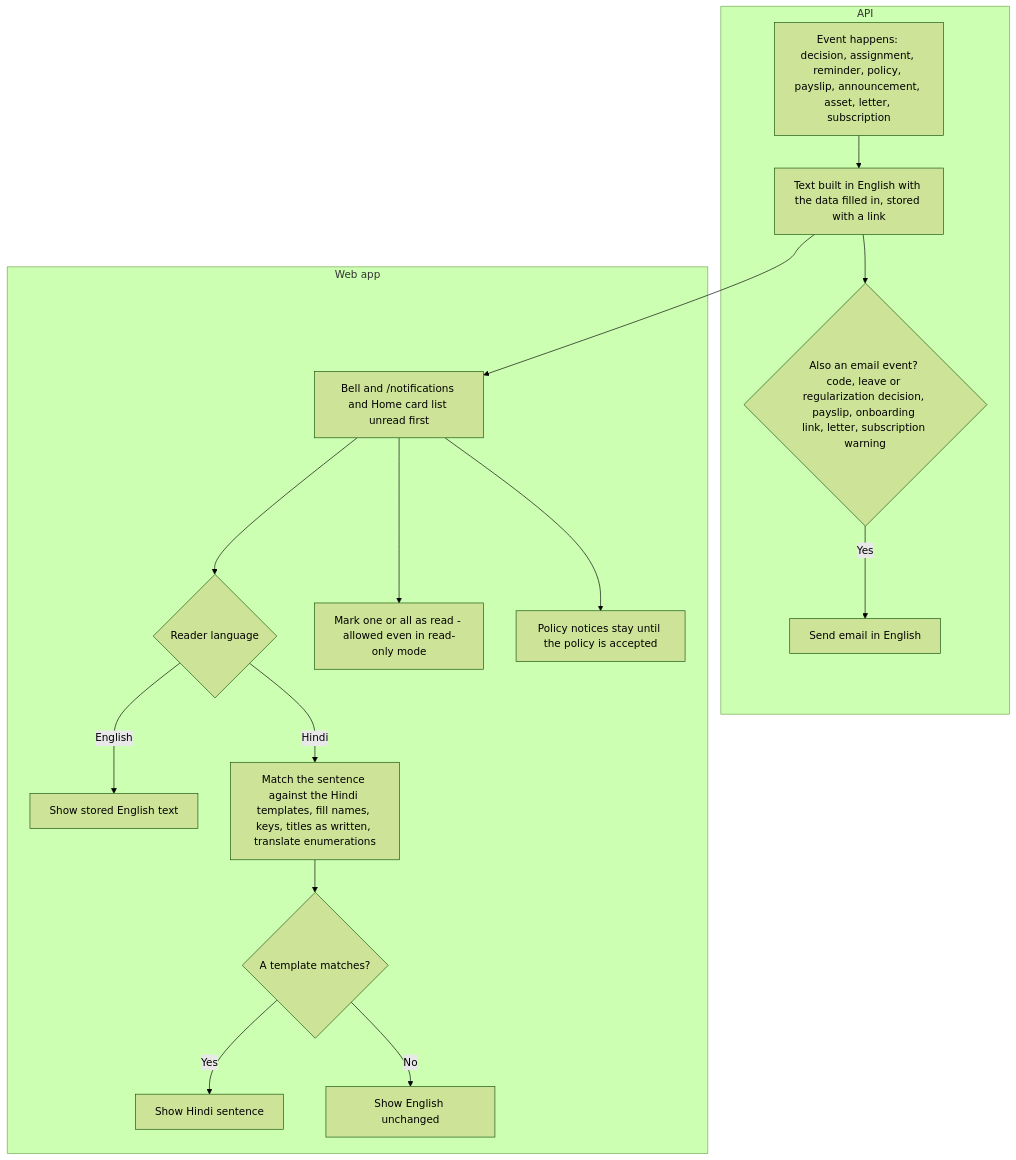
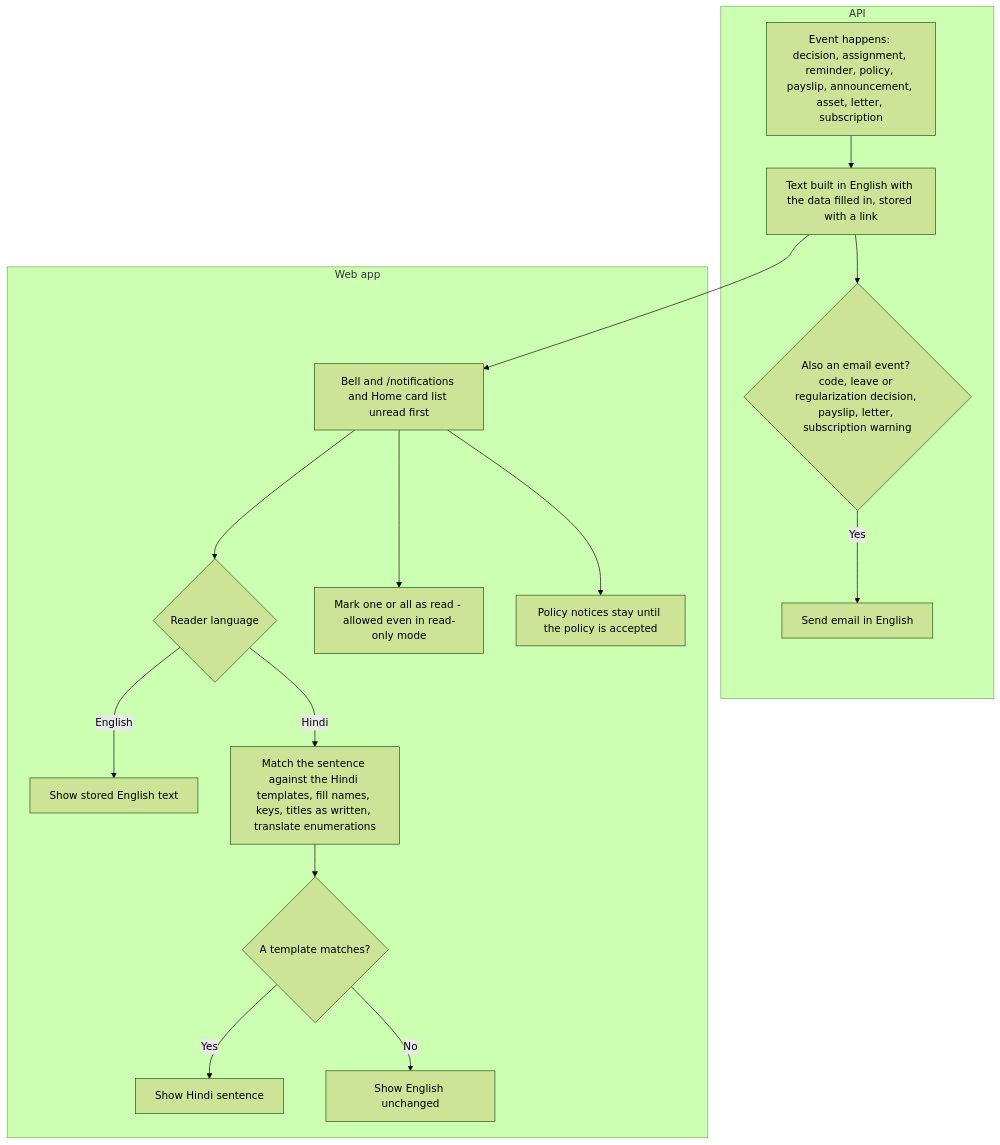
Diagram 22 of 23 in references/FLOW-JurisOne.md (amitjurislpo/Juris-one), drawn with Mermaid (forest theme) before and after one commit. The commit also changed other lines of this file and 62 other files, not shown here.

````diff
--- a/references/FLOW-JurisOne.md
+++ b/references/FLOW-JurisOne.md
@@ -924,29 +921,29 @@
 ```mermaid
 flowchart TD
     subgraph SRV["API"]
         N1["Event happens: decision, assignment, reminder, policy, payslip, announcement, asset, letter, subscription"]
         N2["Text built in English with the data filled in, stored with a link"]
-        N3{"Also an email event? code, leave or regularization decision, payslip, onboarding link, letter, subscription warning"}
+        N3{"Also an email event? code, leave or regularization decision, payslip, letter, subscription warning"}
         N4["Send email in English"]
     end
     subgraph WEB["Web app"]
         W1["Bell and /notifications and Home card list unread first"]
         W2{"Reader language"}
         W3["Show stored English text"]
         W4["Match the sentence against the Hindi templates, fill names, keys, titles as written, translate enumerations"]
         W5{"A template matches?"}
         W6["Show Hindi sentence"]
         W7["Show English unchanged"]
         W8["Mark one or all as read - allowed even in read-only mode"]
         W9["Policy notices stay until the policy is accepted"]
     end
     N1 --> N2 --> N3
     N3 -->|Yes| N4
     N2 --> W1 --> W2
     W2 -->|English| W3
     W2 -->|Hindi| W4 --> W5
     W5 -->|Yes| W6
     W5 -->|No| W7
     W1 --> W8
     W1 --> W9
 ```
````
